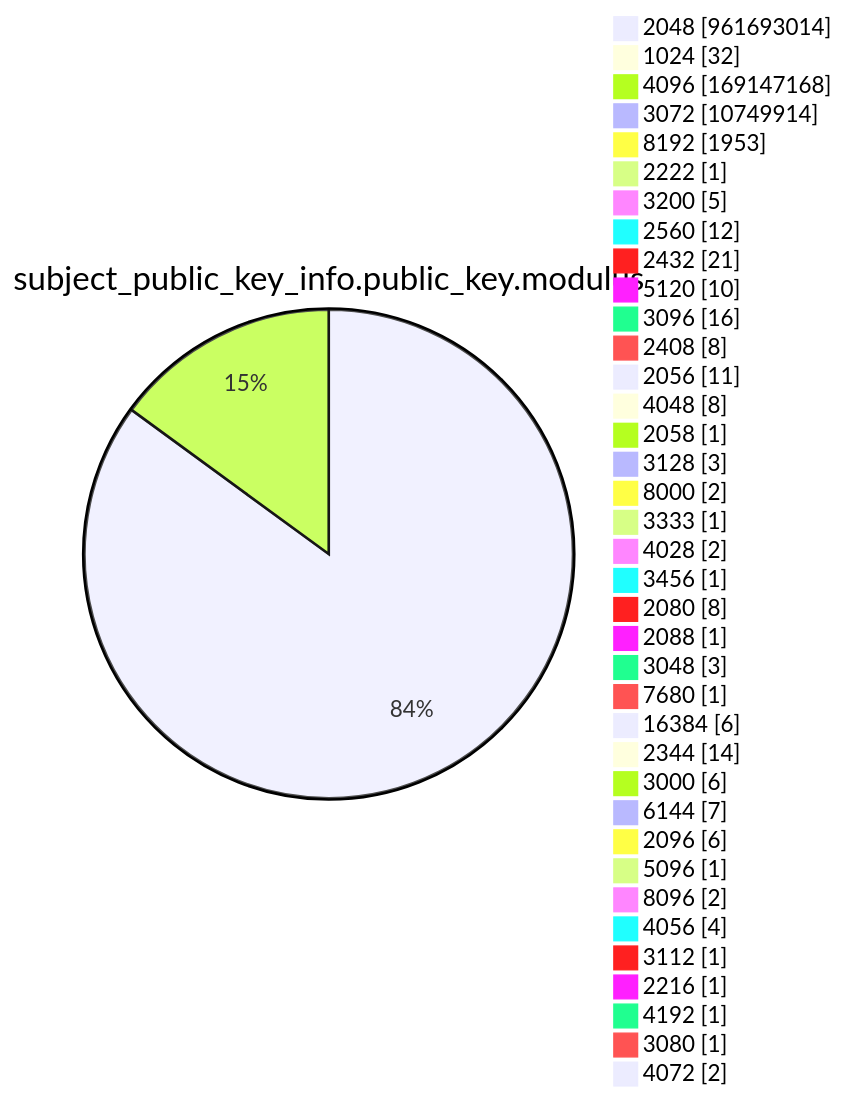
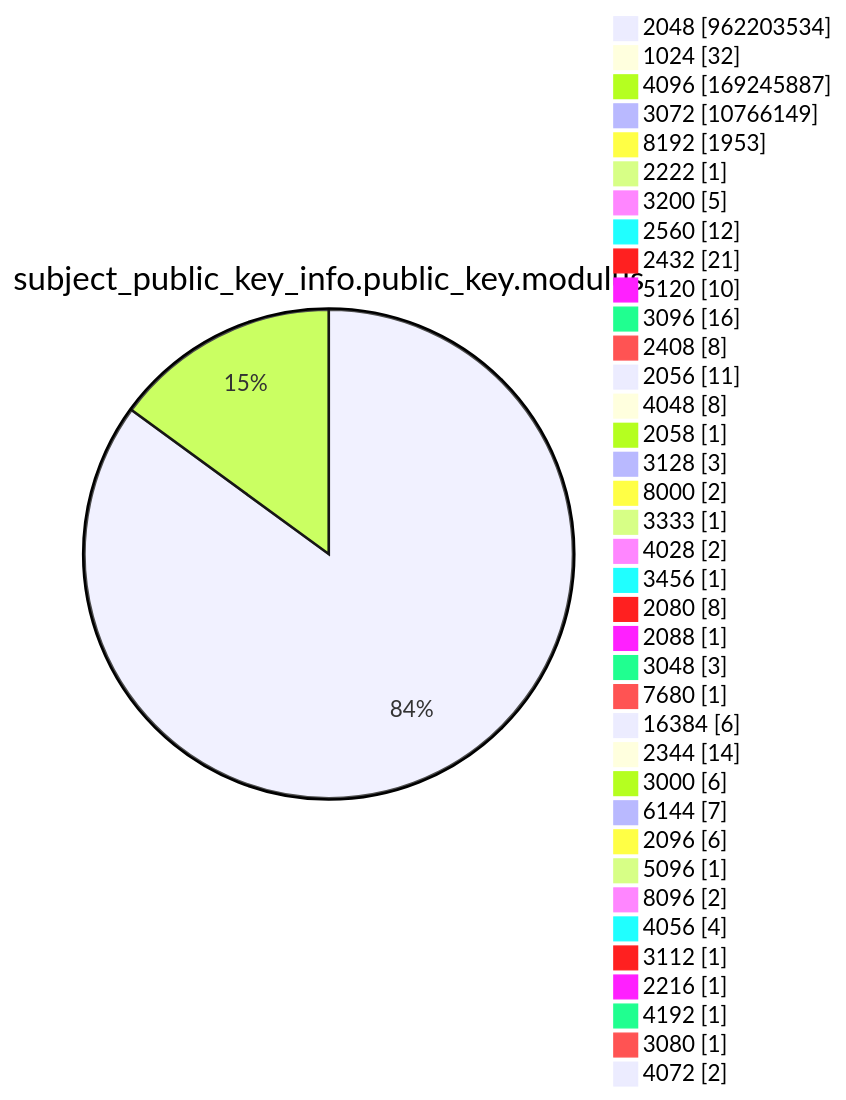
One commit to christiankrug/ctmonitor_visualization changed diagram 13 of 15 in argon2022/README.md. Above: the diagram before and after it, drawn with Mermaid. The commit also changed other lines of this file, not shown here.

````diff
--- a/argon2022/README.md
+++ b/argon2022/README.md
@@ -3586,41 +3586,41 @@
 ```mermaid
 pie showData
 title subject_public_key_info.public_key.modulus
-"2048" :961693014
+"2048" :962203534
 "1024" :32
-"4096" :169147168
-"3072" :10749914
+"4096" :169245887
+"3072" :10766149
 "8192" :1953
 "2222" :1
 "3200" :5
 "2560" :12
 "2432" :21
 "5120" :10
 "3096" :16
 "2408" :8
 "2056" :11
 "4048" :8
 "2058" :1
 "3128" :3
 "8000" :2
 "3333" :1
 "4028" :2
 "3456" :1
 "2080" :8
 "2088" :1
 "3048" :3
 "7680" :1
 "16384" :6
 "2344" :14
 "3000" :6
 "6144" :7
 "2096" :6
 "5096" :1
 "8096" :2
 "4056" :4
 "3112" :1
 "2216" :1
 "4192" :1
 "3080" :1
 "4072" :2
 ```
````
